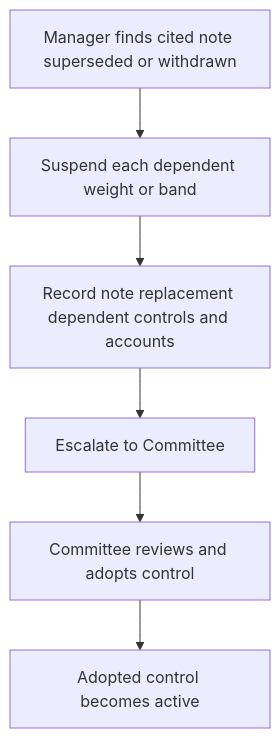
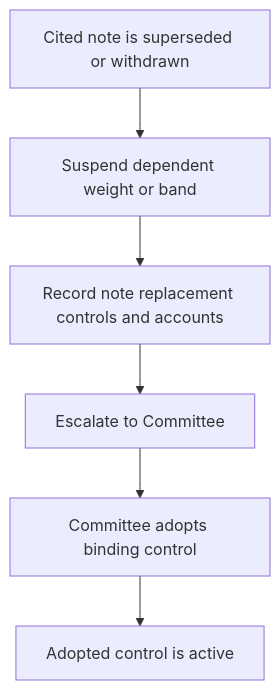
One commit to xuro-langchain/wealth-research-corpus changed the diagram in openwiki/guidance/authority/discretion-and-escalation.md. Above: the diagram before and after it, drawn with Mermaid. The commit also changed other lines of this file and 43 other files, not shown here.

````diff
--- a/openwiki/guidance/authority/discretion-and-escalation.md
+++ b/openwiki/guidance/authority/discretion-and-escalation.md
@@ -59,8 +61,8 @@
 ```mermaid
 flowchart TD
-    Detect["Manager finds cited note superseded or withdrawn"] --> Suspend["Suspend each dependent weight or band"]
-    Suspend --> Record["Record note replacement dependent controls and accounts"]
+    Detect["Cited note is superseded or withdrawn"] --> Suspend["Suspend dependent weight or band"]
+    Suspend --> Record["Record note replacement controls and accounts"]
     Record --> Escalate["Escalate to Committee"]
-    Escalate --> Review["Committee reviews and adopts control"]
-    Review --> Active["Adopted control becomes active"]
+    Escalate --> Adopt["Committee adopts binding control"]
+    Adopt --> Active["Adopted control is active"]
 ```
````
